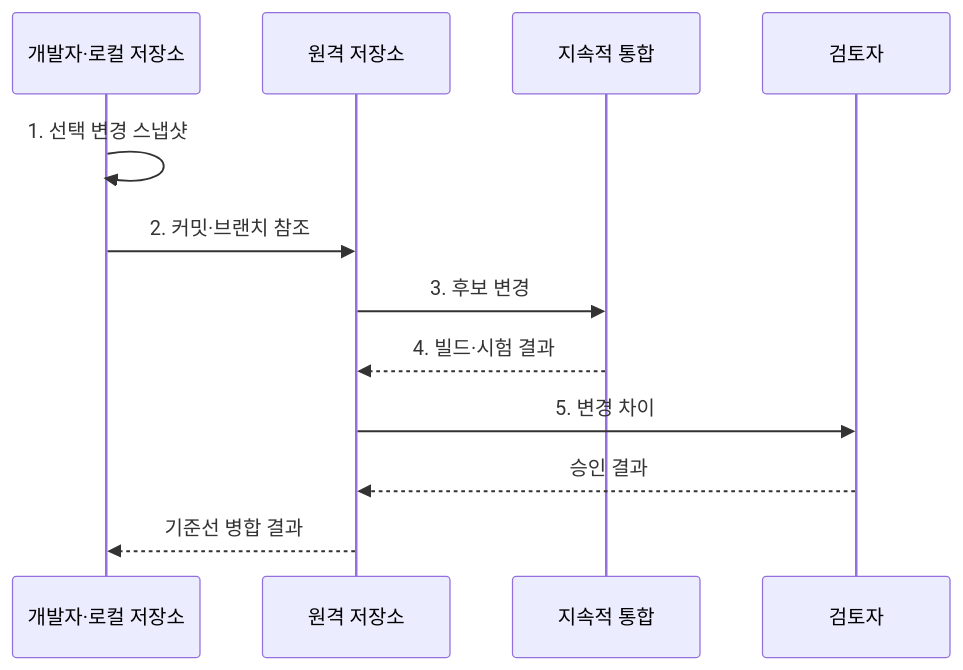
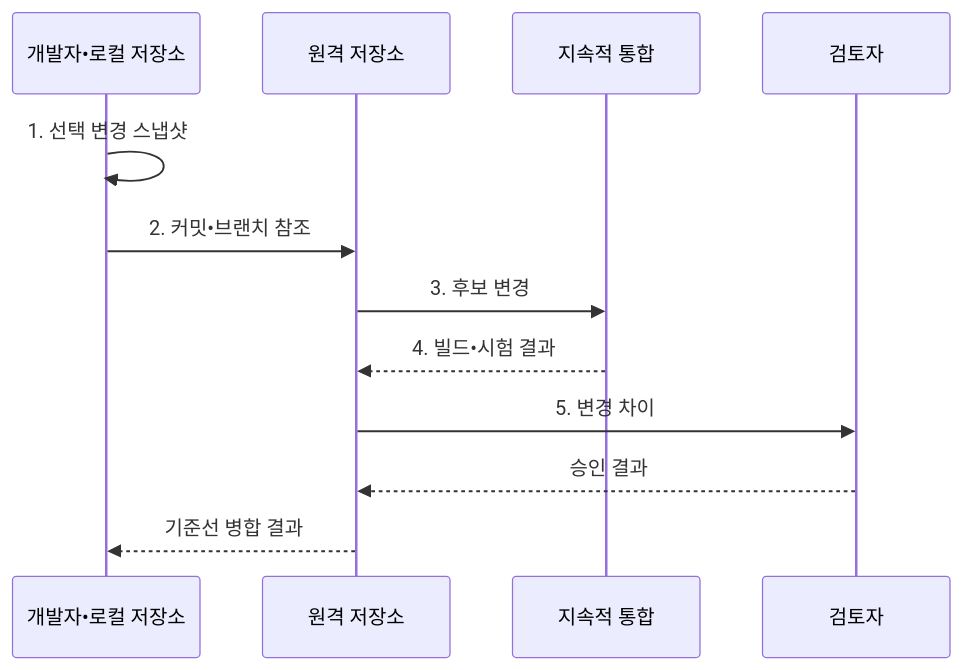
One commit to agnusdei1207/knowledge-base changed the second of 2 diagrams in src/content/docs/notes/03-software/052_configuration_management_git.md. Above: the diagram before and after it, drawn with Mermaid. The commit also changed other lines of this file and 953 other files, not shown here.

````diff
--- a/src/content/docs/notes/03-software/052_configuration_management_git.md
+++ b/src/content/docs/notes/03-software/052_configuration_management_git.md
@@ -106,14 +106,14 @@
 ```mermaid
 sequenceDiagram
-    participant D as 개발자·로컬 저장소
+    participant D as 개발자•로컬 저장소
     participant R as 원격 저장소
     participant C as 지속적 통합
     participant A as 검토자
     D->>D: 1. 선택 변경 스냅샷
-    D->>R: 2. 커밋·브랜치 참조
+    D->>R: 2. 커밋•브랜치 참조
     R->>C: 3. 후보 변경
-    C-->>R: 4. 빌드·시험 결과
+    C-->>R: 4. 빌드•시험 결과
     R->>A: 5. 변경 차이
     A-->>R: 승인 결과
     R-->>D: 기준선 병합 결과
 ```
````
